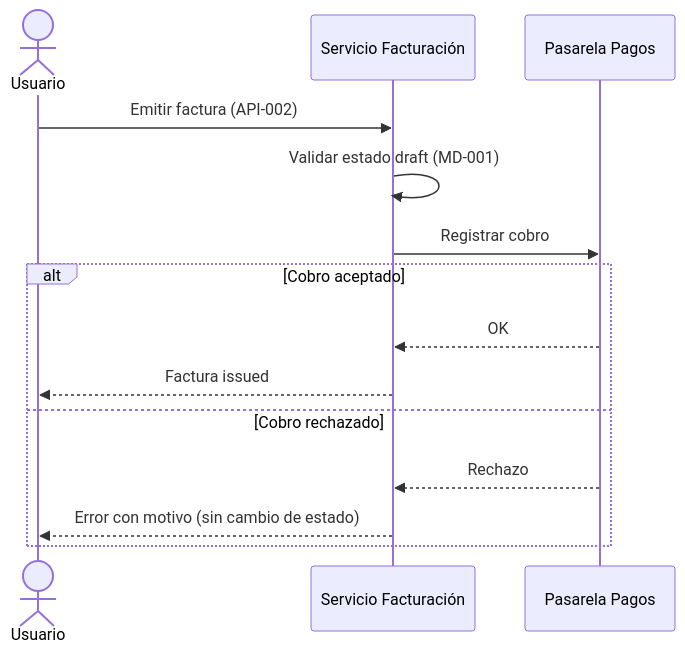
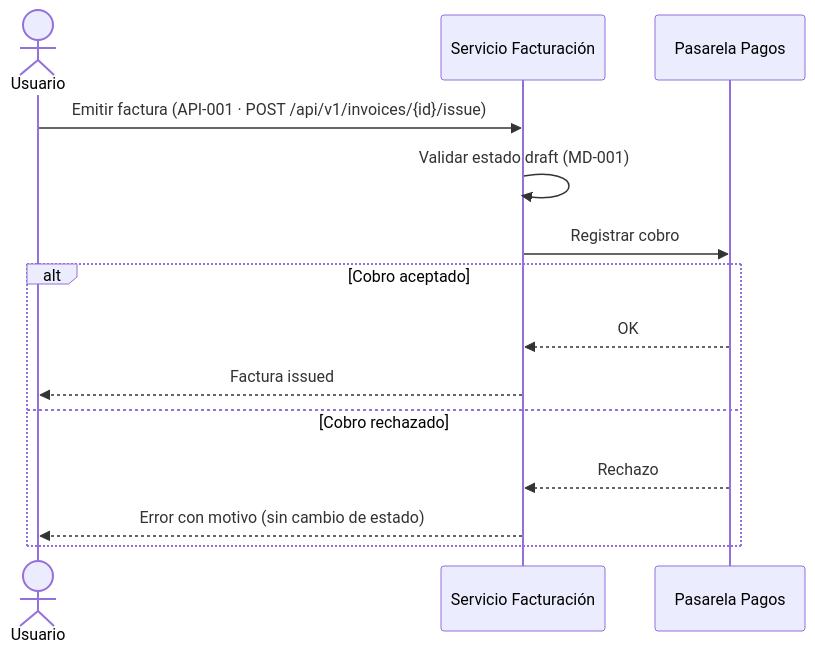
One commit to juanca202/sdd-devkit changed the first of 2 diagrams in skills/design-define/references/element-standards.md. Above: the diagram before and after it, drawn with Mermaid. The commit also changed other lines of this file and 14 other files, not shown here.

````diff
--- a/skills/design-define/references/element-standards.md
+++ b/skills/design-define/references/element-standards.md
@@ -129,16 +179,16 @@
 ```mermaid
 sequenceDiagram
   actor U as Usuario
   participant F as Servicio Facturación
   participant P as Pasarela Pagos
-  U->>F: Emitir factura (API-002)
+  U->>F: Emitir factura (API-001 · POST /api/v1/invoices/{id}/issue)
   F->>F: Validar estado draft (MD-001)
   F->>P: Registrar cobro
   alt Cobro aceptado
     P-->>F: OK
     F-->>U: Factura issued
   else Cobro rechazado
     P-->>F: Rechazo
     F-->>U: Error con motivo (sin cambio de estado)
   end
 ```
````
